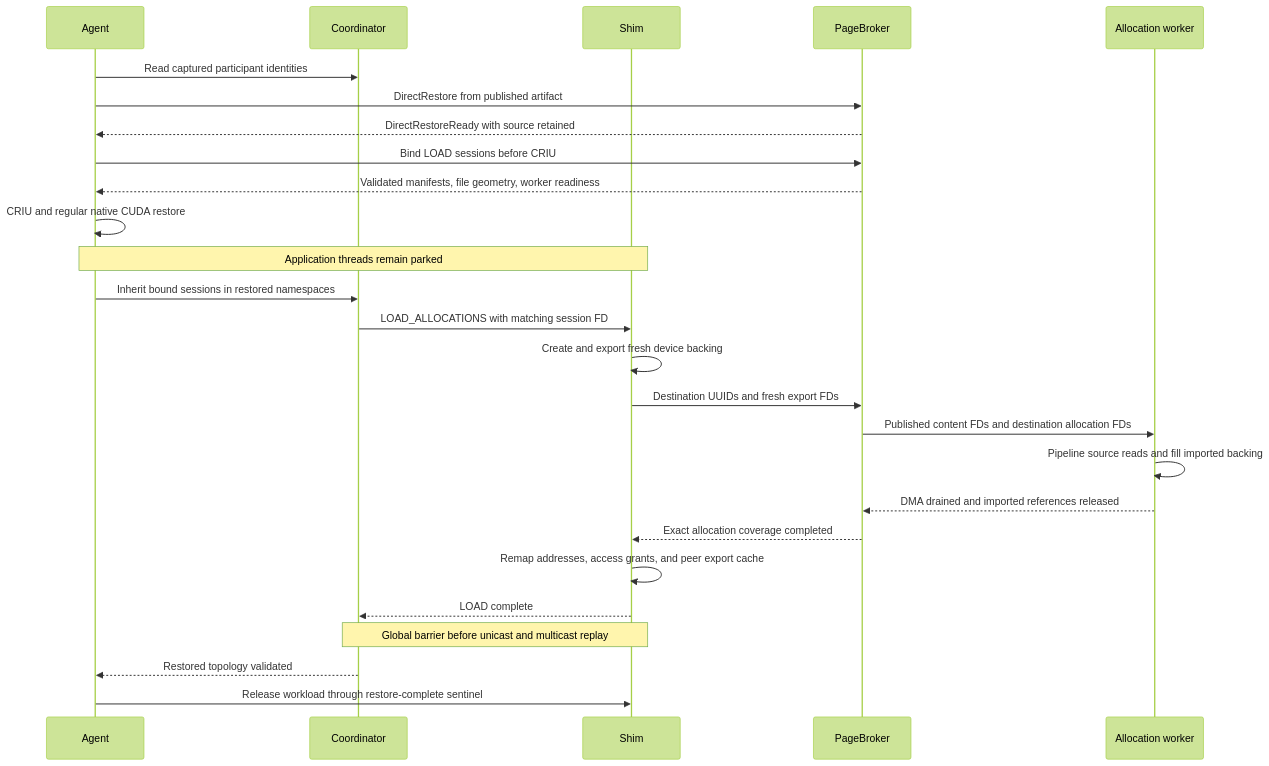
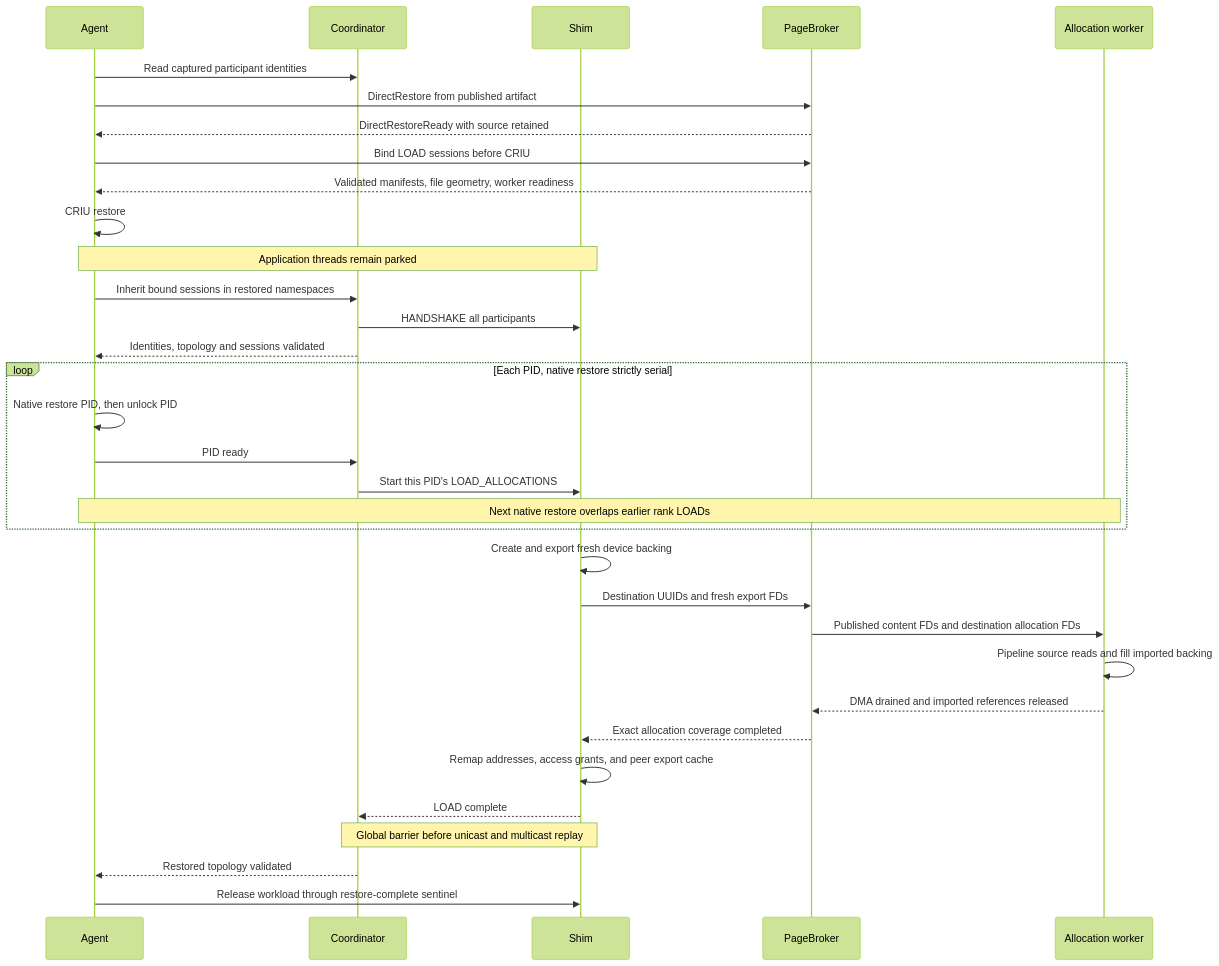
One commit to ai-dynamo/snapshot changed the fifth of 5 diagrams in docs/development/cuinterpose.md. Above: the diagram before and after it, drawn with Mermaid (forest theme). The commit also changed other lines of this file and 8 other files, not shown here.

Commit message:
Overlap per-rank allocation loading with serial native CUDA restore

````diff
--- a/docs/development/cuinterpose.md
+++ b/docs/development/cuinterpose.md
@@ -310,28 +331,35 @@
 ```mermaid
 sequenceDiagram
     participant Agent
     participant Coordinator
     participant Shim
     participant Broker as PageBroker
     participant Worker as Allocation worker
     Agent->>Coordinator: Read captured participant identities
     Agent->>Broker: DirectRestore from published artifact
     Broker-->>Agent: DirectRestoreReady with source retained
     Agent->>Broker: Bind LOAD sessions before CRIU
     Broker-->>Agent: Validated manifests, file geometry, worker readiness
-    Agent->>Agent: CRIU and regular native CUDA restore
+    Agent->>Agent: CRIU restore
     Note over Agent,Shim: Application threads remain parked
     Agent->>Coordinator: Inherit bound sessions in restored namespaces
-    Coordinator->>Shim: LOAD_ALLOCATIONS with matching session FD
+    Coordinator->>Shim: HANDSHAKE all participants
+    Coordinator-->>Agent: Identities, topology and sessions validated
+    loop Each PID, native restore strictly serial
+        Agent->>Agent: Native restore PID, then unlock PID
+        Agent->>Coordinator: PID ready
+        Coordinator->>Shim: Start this PID's LOAD_ALLOCATIONS
+        Note over Agent,Worker: Next native restore overlaps earlier rank LOADs
+    end
     Shim->>Shim: Create and export fresh device backing
     Shim->>Broker: Destination UUIDs and fresh export FDs
     Broker->>Worker: Published content FDs and destination allocation FDs
     Worker->>Worker: Pipeline source reads and fill imported backing
     Worker-->>Broker: DMA drained and imported references released
     Broker-->>Shim: Exact allocation coverage completed
     Shim->>Shim: Remap addresses, access grants, and peer export cache
     Shim-->>Coordinator: LOAD complete
     Note over Coordinator,Shim: Global barrier before unicast and multicast replay
     Coordinator-->>Agent: Restored topology validated
     Agent->>Shim: Release workload through restore-complete sentinel
 ```
````
